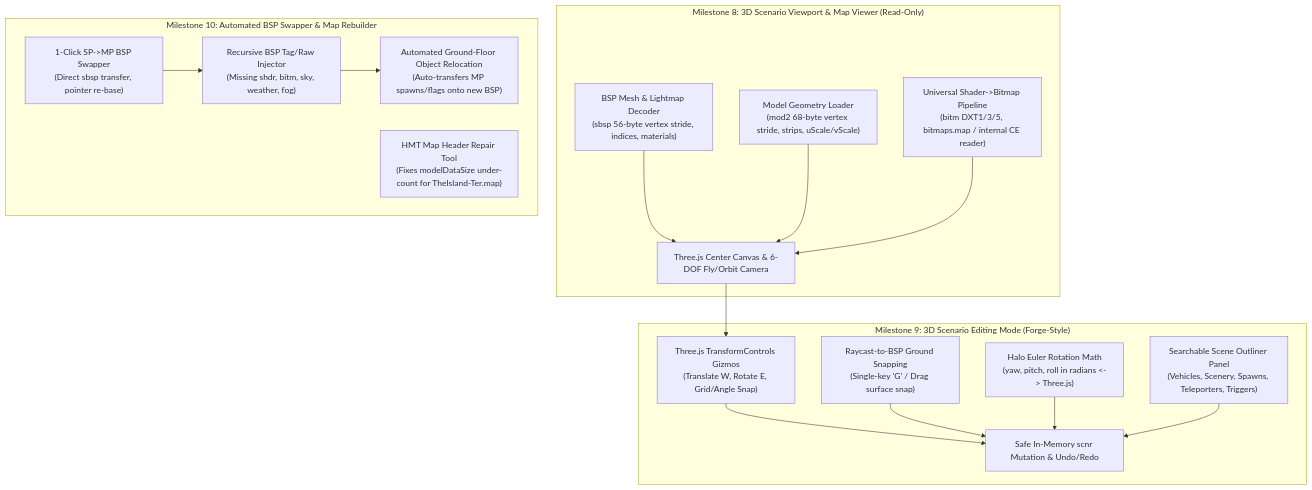
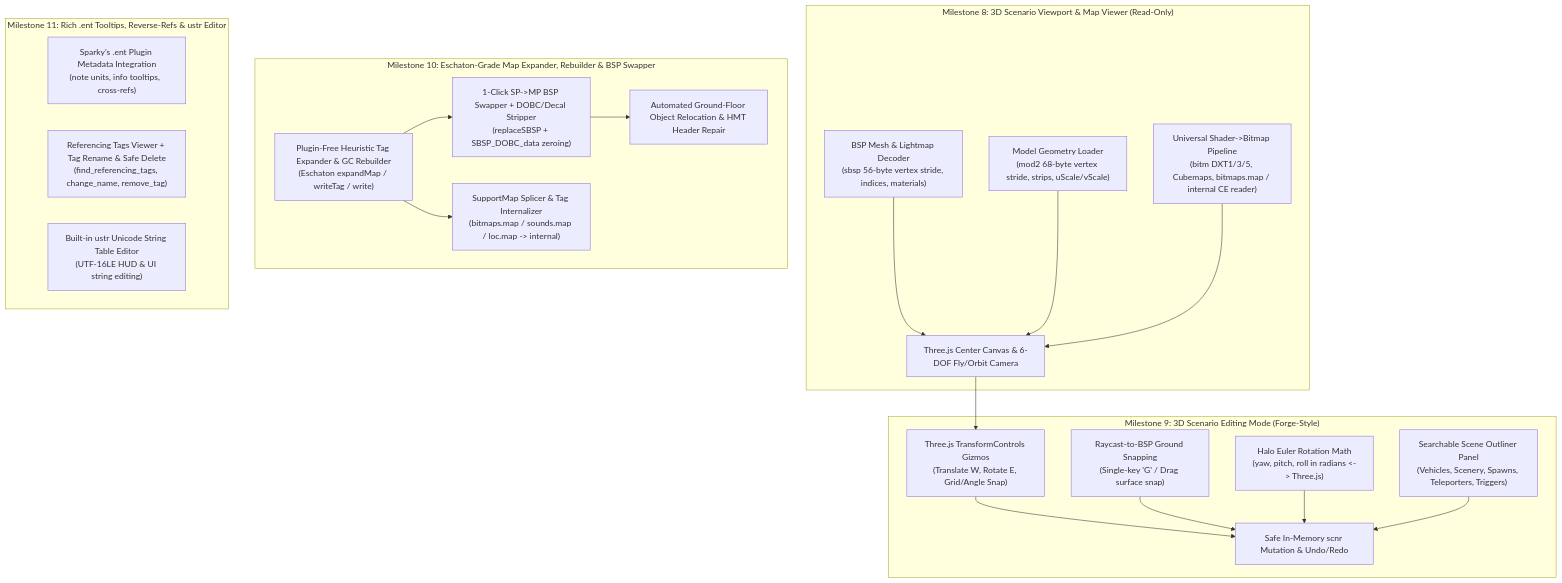
The diagram in memory/sample-code-reference.md (SutlabSol/OpenCE-Mantle), drawn with Mermaid before and after one commit. The commit also changed other lines of this file and 7 other files, not shown here.

Commit message:
feat(core): implement Shader-to-Bitmap Texture Decoder with DXT and linear pixel support (Step 8.3)

````diff
--- a/memory/sample-code-reference.md
+++ b/memory/sample-code-reference.md
@@ -368,34 +528,41 @@
 ```mermaid
 flowchart TD
     subgraph M8["Milestone 8: 3D Scenario Viewport & Map Viewer (Read-Only)"]
         M8_1["BSP Mesh & Lightmap Decoder<br/>(sbsp 56-byte vertex stride, indices, materials)"]
         M8_2["Model Geometry Loader<br/>(mod2 68-byte vertex stride, strips, uScale/vScale)"]
-        M8_3["Universal Shader->Bitmap Pipeline<br/>(bitm DXT1/3/5, bitmaps.map / internal CE reader)"]
+        M8_3["Universal Shader->Bitmap Pipeline<br/>(bitm DXT1/3/5, Cubemaps, bitmaps.map / internal CE reader)"]
         M8_4["Three.js Center Canvas & 6-DOF Fly/Orbit Camera"]
         M8_1 --> M8_4
         M8_2 --> M8_4
         M8_3 --> M8_4
     end
 
     subgraph M9["Milestone 9: 3D Scenario Editing Mode (Forge-Style)"]
         M9_1["Three.js TransformControls Gizmos<br/>(Translate W, Rotate E, Grid/Angle Snap)"]
         M9_2["Raycast-to-BSP Ground Snapping<br/>(Single-key 'G' / Drag surface snap)"]
         M9_3["Halo Euler Rotation Math<br/>(yaw, pitch, roll in radians <-> Three.js)"]
         M9_4["Searchable Scene Outliner Panel<br/>(Vehicles, Scenery, Spawns, Teleporters, Triggers)"]
         M9_5["Safe In-Memory scnr Mutation & Undo/Redo"]
         M8_4 --> M9_1
         M9_1 --> M9_5
         M9_2 --> M9_5
         M9_3 --> M9_5
         M9_4 --> M9_5
     end
 
-    subgraph M10["Milestone 10: Automated BSP Swapper & Map Rebuilder"]
-        M10_1["1-Click SP->MP BSP Swapper<br/>(Direct sbsp transfer, pointer re-base)"]
-        M10_2["Recursive BSP Tag/Raw Injector<br/>(Missing shdr, bitm, sky, weather, fog)"]
-        M10_3["Automated Ground-Floor Object Relocation<br/>(Auto-transfers MP spawns/flags onto new BSP)"]
-        M10_4["HMT Map Header Repair Tool<br/>(Fixes modelDataSize under-count for TheIsland-Ter.map)"]
+    subgraph M10["Milestone 10: Eschaton-Grade Map Expander, Rebuilder & BSP Swapper"]
+        M10_1["Plugin-Free Heuristic Tag Expander & GC Rebuilder<br/>(Eschaton expandMap / writeTag / write)"]
+        M10_2["1-Click SP->MP BSP Swapper + DOBC/Decal Stripper<br/>(replaceSBSP + SBSP_DOBC_data zeroing)"]
+        M10_3["SupportMap Splicer & Tag Internalizer<br/>(bitmaps.map / sounds.map / loc.map -> internal)"]
+        M10_4["Automated Ground-Floor Object Relocation & HMT Header Repair"]
         M10_1 --> M10_2
-        M10_2 --> M10_3
+        M10_2 --> M10_4
+        M10_1 --> M10_3
+    end
+
+    subgraph M11["Milestone 11: Rich .ent Tooltips, Reverse-Refs & ustr Editor"]
+        M11_1["Sparky's .ent Plugin Metadata Integration<br/>(note units, info tooltips, <index> cross-refs)"]
+        M11_2["Referencing Tags Viewer + Tag Rename & Safe Delete<br/>(find_referencing_tags, change_name, remove_tag)"]
+        M11_3["Built-in ustr Unicode String Table Editor<br/>(UTF-16LE HUD & UI string editing)"]
     end
 ```
````
